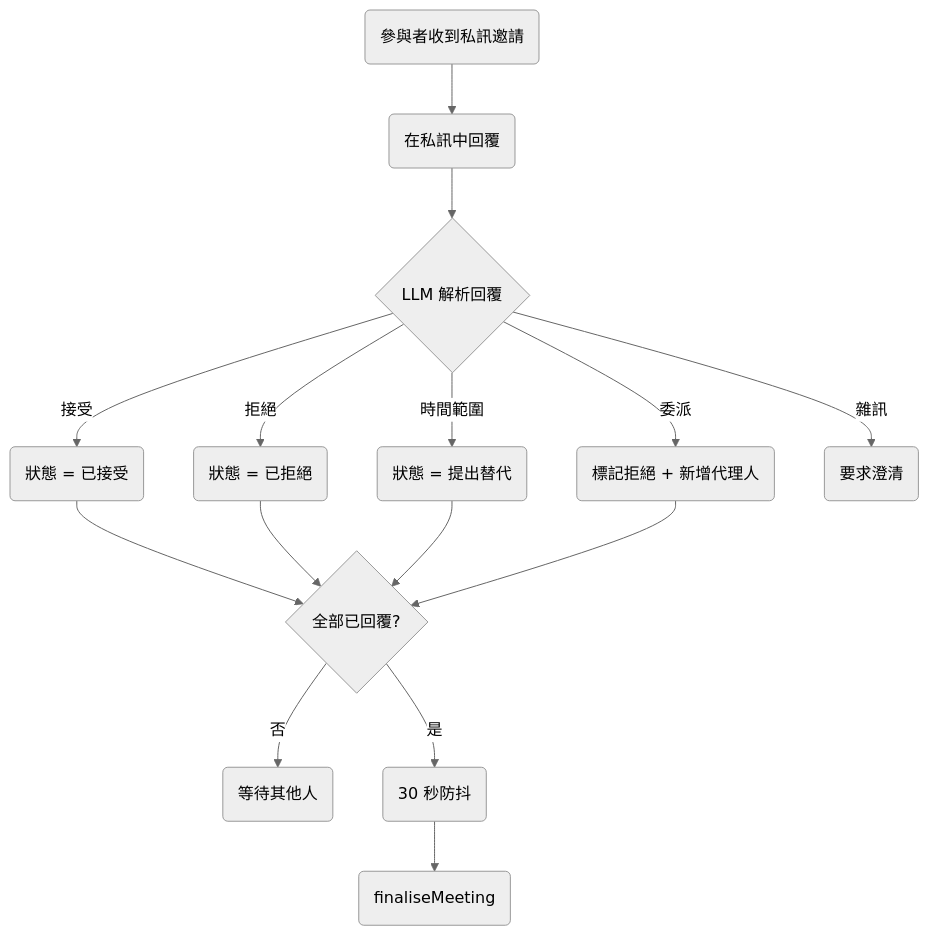
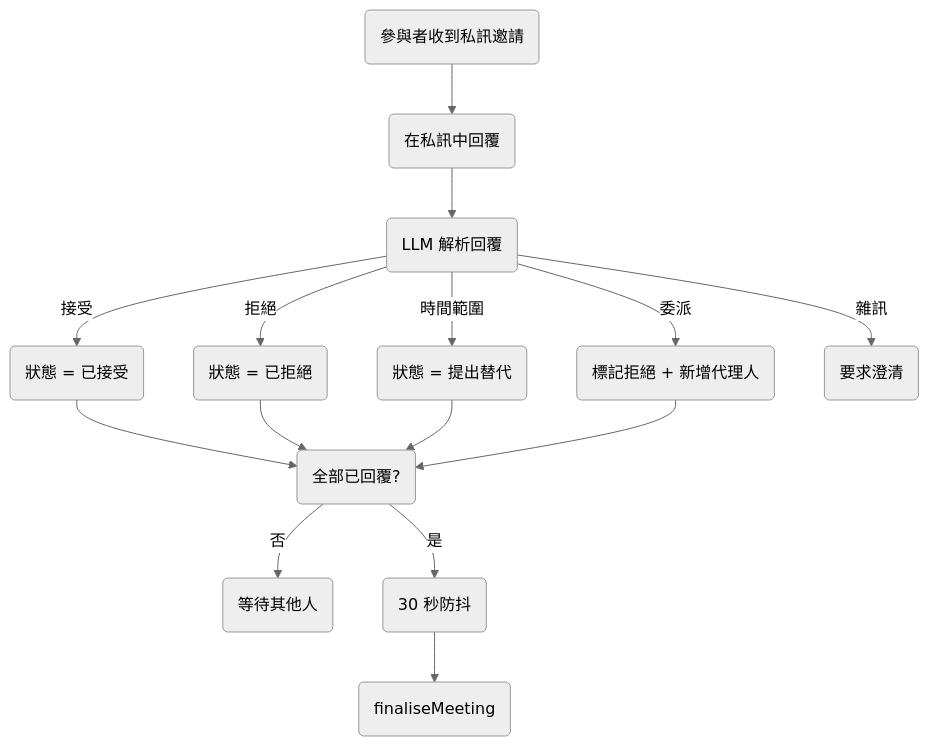
Before and after one commit to javana3/claw_meeting_all: the fifth of 7 diagrams in README.zh-TW.md, drawn with Mermaid (neutral theme). The commit also changed other lines of this file and 4 other files, not shown here.

First line of the commit message:
docs: round all diagram nodes and update colors across 5 languages

````diff
--- a/README.zh-TW.md
+++ b/README.zh-TW.md
@@ -133,19 +133,19 @@
 ```mermaid
 graph TD
     A(參與者收到私訊邀請) --> B(在私訊中回覆)
-    B --> C{LLM 解析回覆}
+    B --> C(LLM 解析回覆)
     C -->|接受| D(狀態 = 已接受)
     C -->|拒絕| E(狀態 = 已拒絕)
     C -->|時間範圍| F(狀態 = 提出替代)
     C -->|委派| G(標記拒絕 + 新增代理人)
     C -->|雜訊| H(要求澄清)
 
-    D --> I{全部已回覆?}
+    D --> I(全部已回覆?)
     E --> I
     F --> I
     G --> I
 
     I -->|否| J(等待其他人)
     I -->|是| K(30 秒防抖)
     K --> L(finaliseMeeting)
 ```
````
